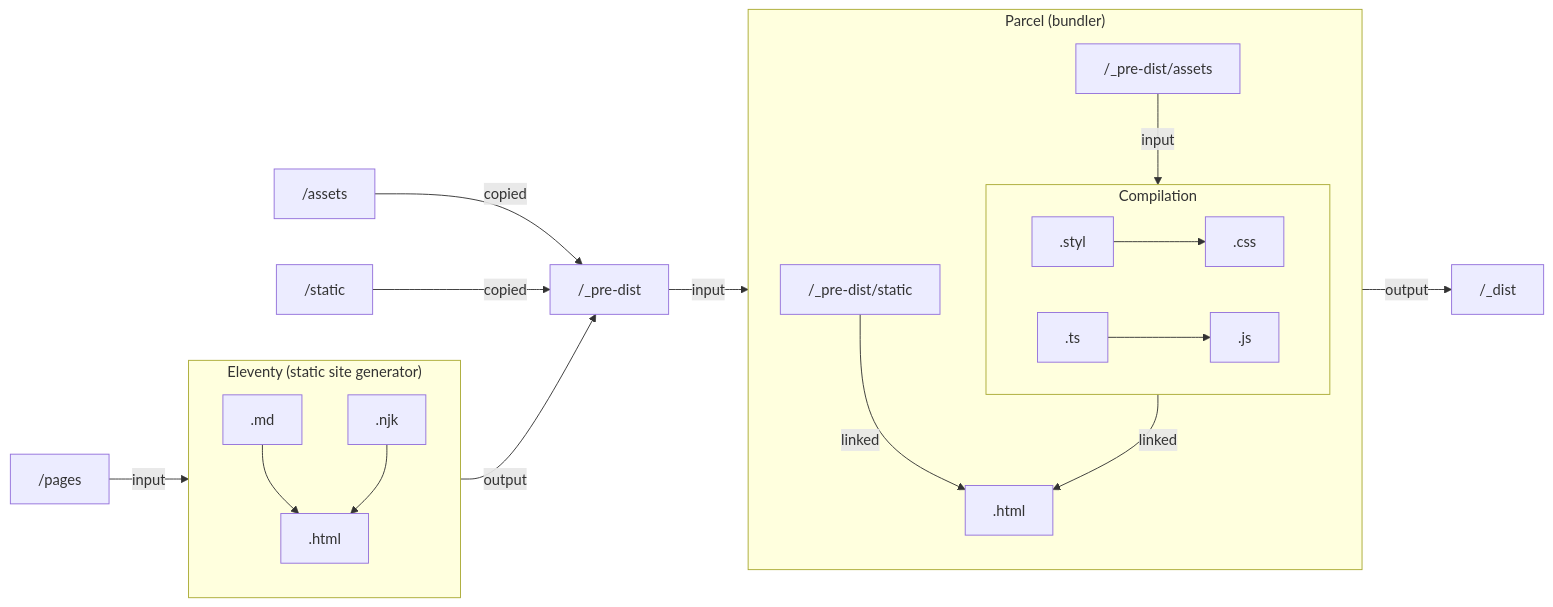
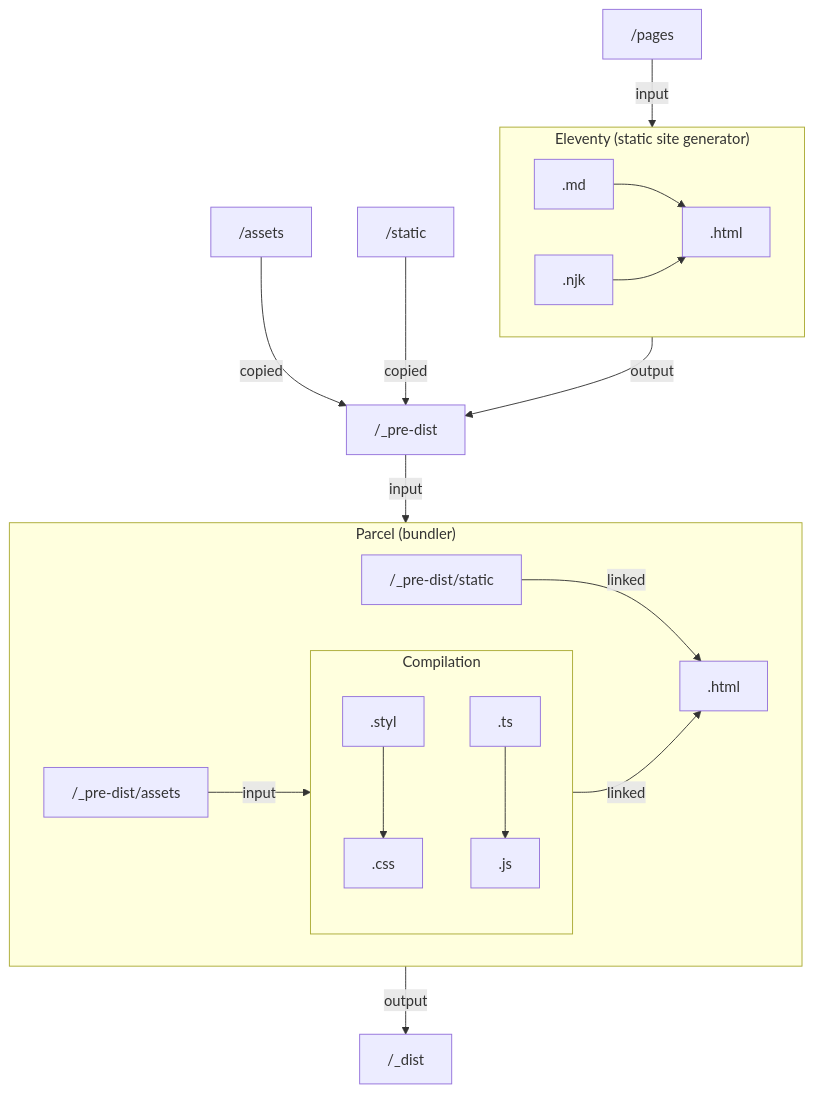
The diagram in pages/blog/posts/2021/bundler-war/fr.md (GauBen/gauben.github.io), drawn with Mermaid before and after one commit. The commit also changed 2 other files, not shown here.

````diff
--- a/pages/blog/posts/2021/bundler-war/fr.md
+++ b/pages/blog/posts/2021/bundler-war/fr.md
@@ -5,17 +5,17 @@
 ```mermaid
-flowchart LR
+flowchart TD
     subgraph E ["Eleventy (static site generator)"]
       .md & .njk --> A[.html]
     end
     subgraph C ["Compilation"]
         .styl --> .css
         .ts --> .js
     end
     subgraph P ["Parcel (bundler)"]
         /_pre-dist/assets -->|input| C -->|linked| B[.html]
         /_pre-dist/static -->|linked| B
     end
     /pages -->|input| E -->|output| /_pre-dist
     /assets & /static -->|copied| /_pre-dist
     /_pre-dist -->|input| P -->|output| /_dist
 ```
````
